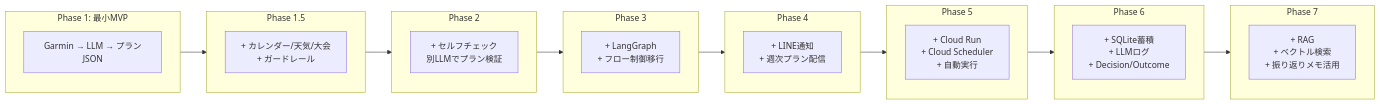
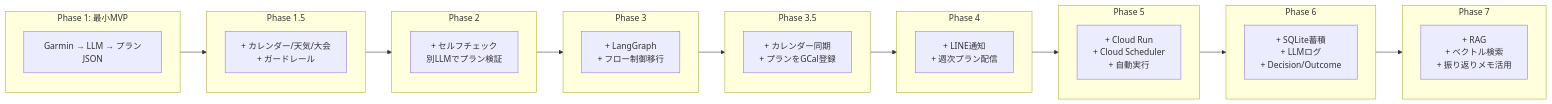
One commit to fuzztarou/run-coach changed the fourth of 5 diagrams in DESIGN.md. Above: the diagram before and after it, drawn with Mermaid. The commit also changed other lines of this file and 1 other file, not shown here.

First line of the commit message:
docs: DESIGN.mdのmermaid図・スキーマ定義を実装と同期

````diff
--- a/DESIGN.md
+++ b/DESIGN.md
@@ -137,36 +192,40 @@
 ```mermaid
 flowchart LR
     subgraph Phase1[Phase 1: 最小MVP]
         P1[Garmin → LLM → プランJSON]
     end
 
     subgraph Phase15[Phase 1.5]
         P15[+ カレンダー/天気/大会<br>+ ガードレール]
     end
 
     subgraph Phase2[Phase 2]
         P2[+ セルフチェック<br>別LLMでプラン検証]
     end
 
     subgraph Phase3[Phase 3]
         P3[+ LangGraph<br>+ フロー制御移行]
     end
 
+    subgraph Phase35[Phase 3.5]
+        P35[+ カレンダー同期<br>+ プランをGCal登録]
+    end
+
     subgraph Phase4[Phase 4]
         P4[+ LINE通知<br>+ 週次プラン配信]
     end
 
     subgraph Phase5[Phase 5]
         P5[+ Cloud Run<br>+ Cloud Scheduler<br>+ 自動実行]
     end
 
     subgraph Phase6[Phase 6]
         P6[+ SQLite蓄積<br>+ LLMログ<br>+ Decision/Outcome]
     end
 
     subgraph Phase7[Phase 7]
         P7[+ RAG<br>+ ベクトル検索<br>+ 振り返りメモ活用]
     end
 
-    Phase1 --> Phase15 --> Phase2 --> Phase3 --> Phase4 --> Phase5 --> Phase6 --> Phase7
+    Phase1 --> Phase15 --> Phase2 --> Phase3 --> Phase35 --> Phase4 --> Phase5 --> Phase6 --> Phase7
 ```
````
